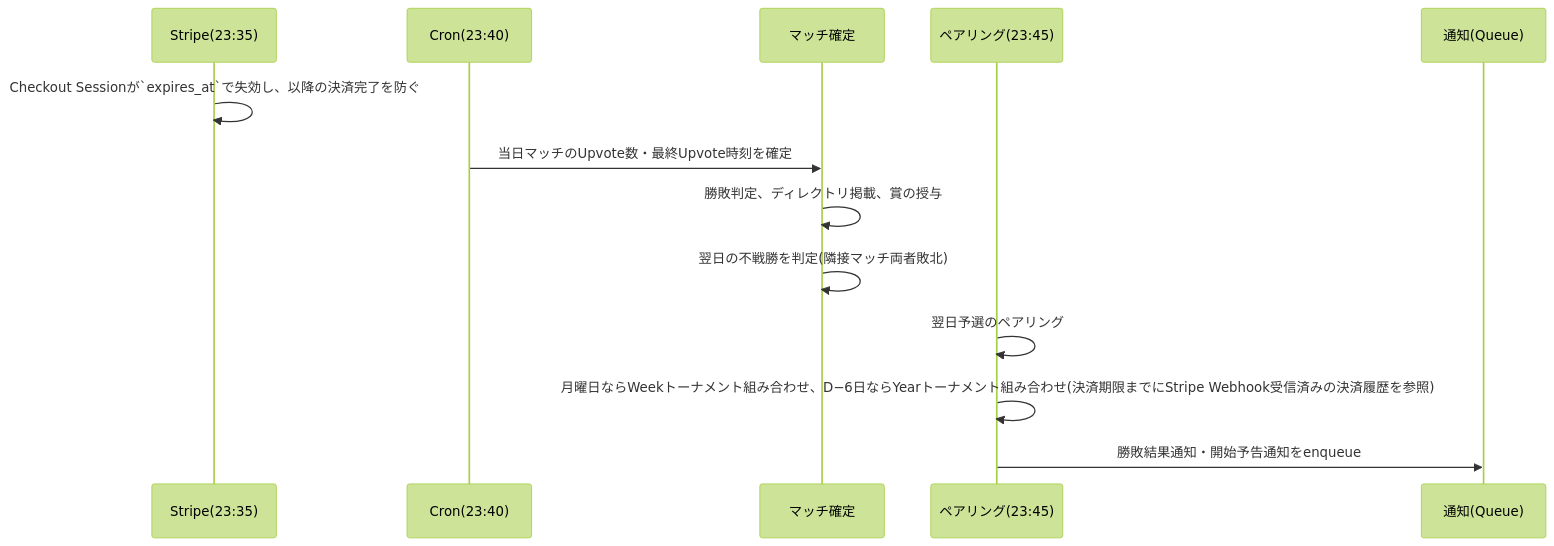
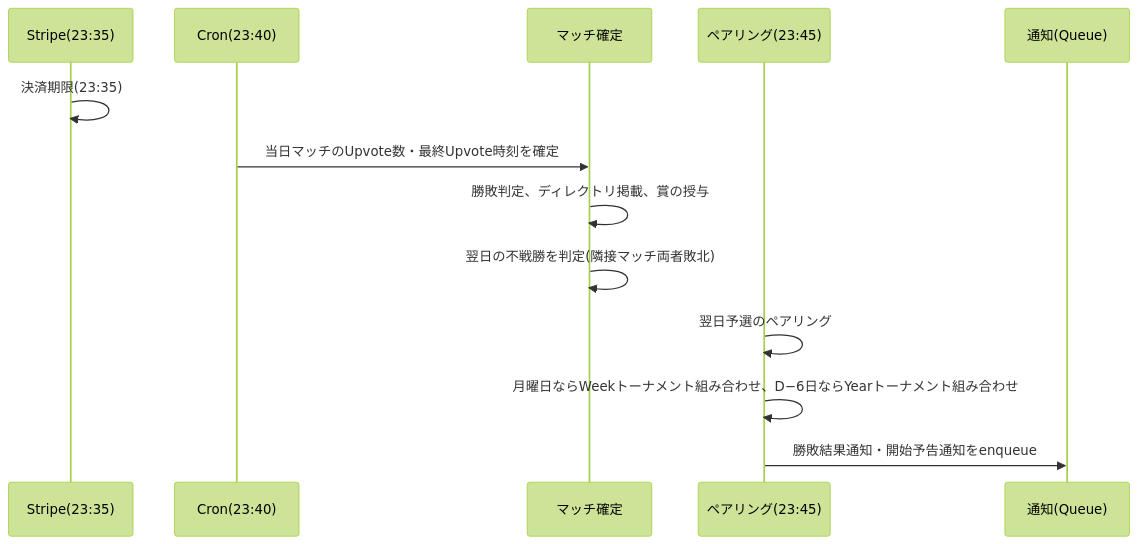
The diagram in docs/GUIDES/service/overview/007-daily-timeline.md (kurachiweb/genai-example-2-launch-platform), drawn with Mermaid (forest theme) before and after one commit. The commit also changed other lines of this file and 2 other files, not shown here.

````diff
--- a/docs/GUIDES/service/overview/007-daily-timeline.md
+++ b/docs/GUIDES/service/overview/007-daily-timeline.md
@@ -51,15 +51,15 @@
 ```mermaid
 sequenceDiagram
     participant S as Stripe(23:35)
     participant C as Cron(23:40)
     participant M as マッチ確定
     participant P as ペアリング(23:45)
     participant N as 通知(Queue)
-    S->>S: Checkout Sessionが`expires_at`で失効し、以降の決済完了を防ぐ
+    S->>S: 決済期限(23:35)
     C->>M: 当日マッチのUpvote数・最終Upvote時刻を確定
     M->>M: 勝敗判定、ディレクトリ掲載、賞の授与
     M->>M: 翌日の不戦勝を判定(隣接マッチ両者敗北)
     P->>P: 翌日予選のペアリング
-    P->>P: 月曜日ならWeekトーナメント組み合わせ、D−6日ならYearトーナメント組み合わせ(決済期限までにStripe Webhook受信済みの決済履歴を参照)
+    P->>P: 月曜日ならWeekトーナメント組み合わせ、D−6日ならYearトーナメント組み合わせ
     P->>N: 勝敗結果通知・開始予告通知をenqueue
 ```
````
